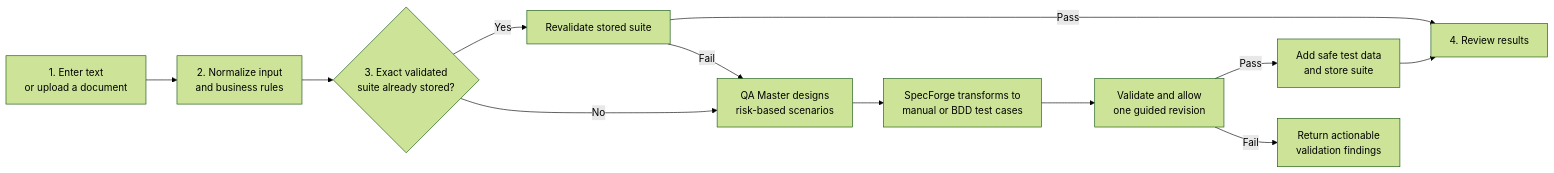
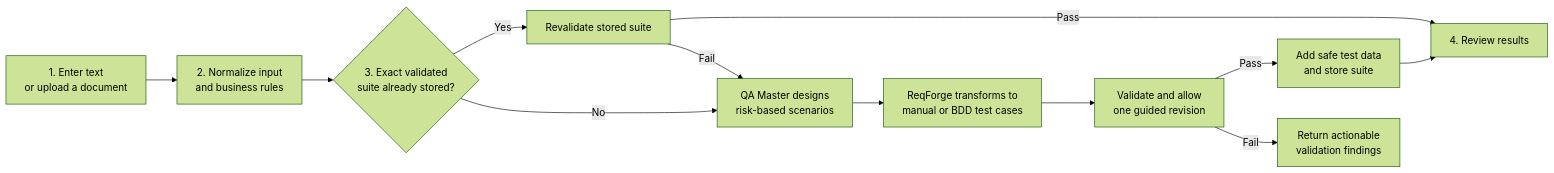
One commit to sasidhar265/TestPilotAI changed the first of 4 diagrams in README.md. Above: the diagram before and after it, drawn with Mermaid (forest theme). The commit also changed other lines of this file and 27 other files, not shown here.

````diff
--- a/README.md
+++ b/README.md
@@ -195,14 +202,14 @@
 ```mermaid
 flowchart LR
     A[1. Enter text<br/>or upload a document] --> B[2. Normalize input<br/>and business rules]
     B --> C{3. Exact validated<br/>suite already stored?}
     C -->|Yes| D[Revalidate stored suite]
     C -->|No| E[QA Master designs<br/>risk-based scenarios]
-    E --> F[SpecForge transforms to<br/>manual or BDD test cases]
+    E --> F[ReqForge transforms to<br/>manual or BDD test cases]
     F --> G[Validate and allow<br/>one guided revision]
     G -->|Pass| H[Add safe test data<br/>and store suite]
     G -->|Fail| I[Return actionable<br/>validation findings]
     D -->|Pass| J[4. Review results]
     D -->|Fail| E
     H --> J
 ```
````
